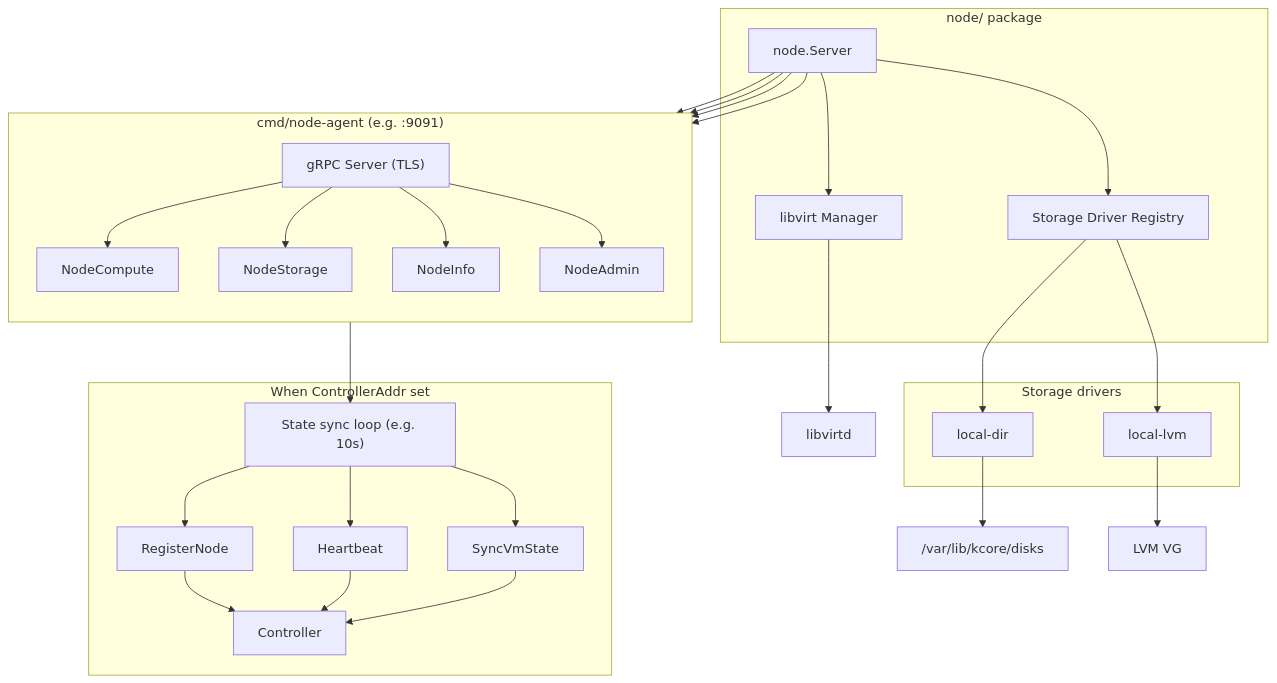
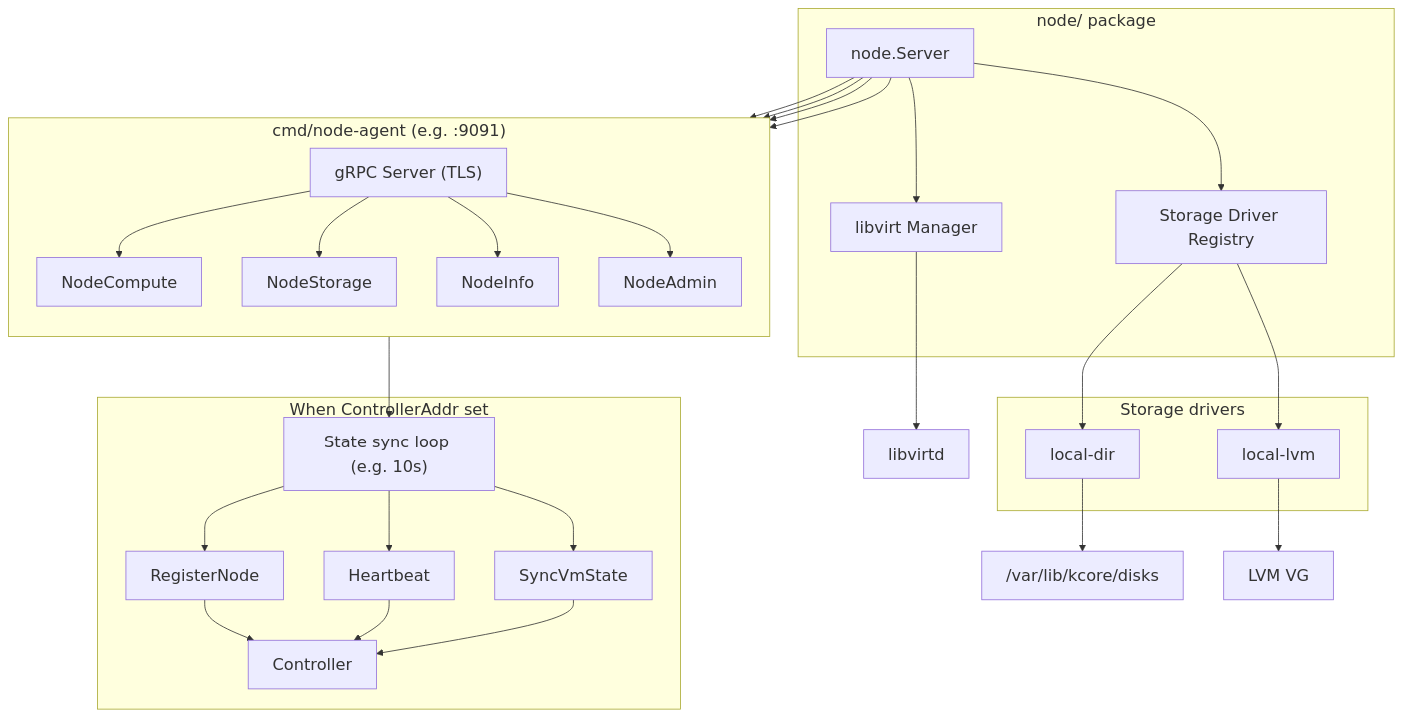
The third of 8 diagrams in docs/ARCHITECTURE_MERMAID.md (rtacconi/kcore), drawn with Mermaid before and after one commit. The commit also changed other lines of this file, not shown here.

First line of the commit message:
docs: increase Mermaid diagram font size and add viewing tip

````diff
--- a/docs/ARCHITECTURE_MERMAID.md
+++ b/docs/ARCHITECTURE_MERMAID.md
@@ -100,50 +104,51 @@
 ```mermaid
+%%{init: {'themeVariables': {'fontSize': '20px', 'fontFamily': 'arial'}}}%%
 flowchart TB
     subgraph NodeAgent["cmd/node-agent (e.g. :9091)"]
         direction TB
         GrpcNA["gRPC Server (TLS)"]
         NodeCompute["NodeCompute"]
         NodeStorage["NodeStorage"]
         NodeInfo["NodeInfo"]
         NodeAdmin["NodeAdmin"]
         GrpcNA --> NodeCompute
         GrpcNA --> NodeStorage
         GrpcNA --> NodeInfo
         GrpcNA --> NodeAdmin
     end
 
     subgraph NodePkg["node/ package"]
         Server["node.Server"]
         LibvirtMgr["libvirt Manager"]
         StorageReg["Storage Driver Registry"]
         Server --> NodeCompute
         Server --> NodeStorage
         Server --> NodeInfo
         Server --> NodeAdmin
         Server --> LibvirtMgr
         Server --> StorageReg
     end
 
     subgraph StorageDrivers["Storage drivers"]
         LocalDir["local-dir"]
         LocalLVM["local-lvm"]
         StorageReg --> LocalDir
         StorageReg --> LocalLVM
     end
 
     LibvirtMgr --> libvirtd["libvirtd"]
     LocalDir --> disk["/var/lib/kcore/disks"]
     LocalLVM --> lvm["LVM VG"]
 
     subgraph ControllerSync["When ControllerAddr set"]
         Loop["State sync loop (e.g. 10s)"]
         Loop --> Register["RegisterNode"]
         Loop --> Heartbeat["Heartbeat"]
         Loop --> SyncState["SyncVmState"]
         Register --> Controller
         Heartbeat --> Controller
         SyncState --> Controller
     end
 
     NodeAgent --> Loop
 ```
````
